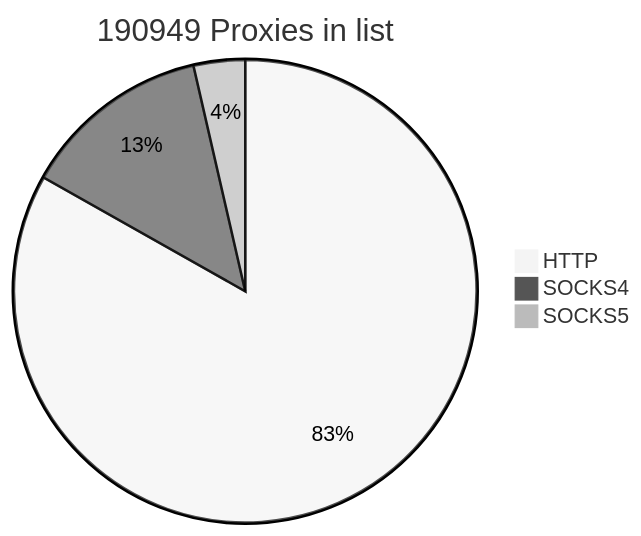
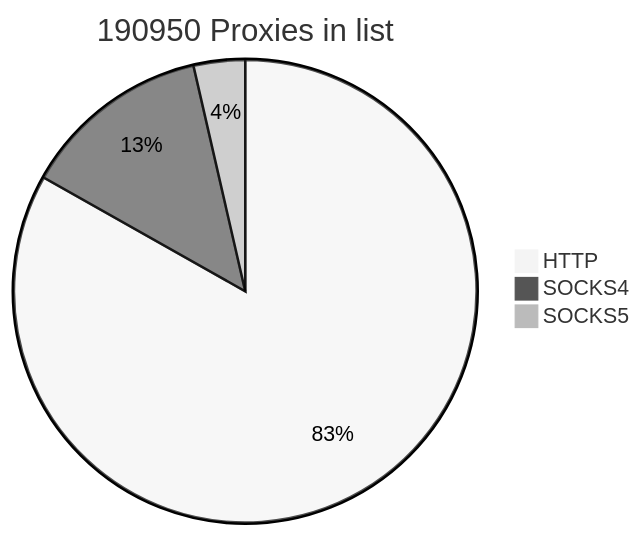
Before and after one commit to cutipu/proxylist: the first of 2 diagrams in README.md, drawn with Mermaid (neutral theme). The commit also changed other lines of this file, not shown here.

````diff
--- a/README.md
+++ b/README.md
@@ -2,7 +2,7 @@
 ```mermaid
-pie title 190949 Proxies in list
+pie title 190950 Proxies in list
     "HTTP" : 158825
     "SOCKS4" : 25262
-    "SOCKS5" : 6862
+    "SOCKS5" : 6863
             
 ```
````
